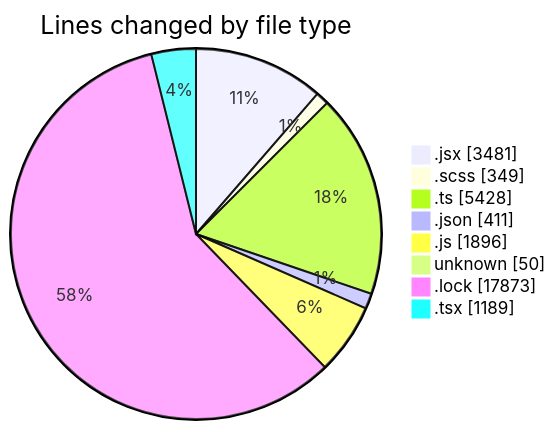
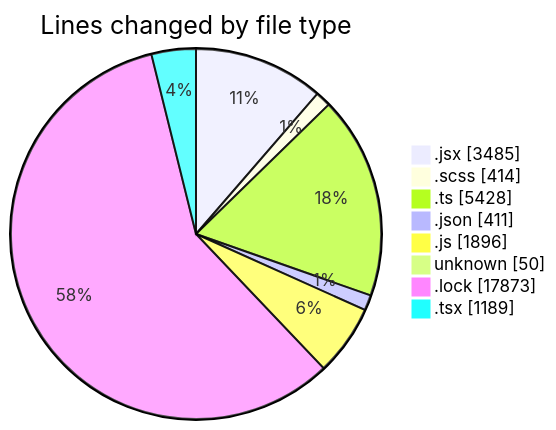
Before and after one commit to momahboobian/code-tracking: the first of 2 diagrams in 2026-09-01/cda/README.md, drawn with Mermaid. The commit also changed other lines of this file and 1 other file, not shown here.

````diff
--- a/2026-09-01/cda/README.md
+++ b/2026-09-01/cda/README.md
@@ -78,12 +79,12 @@
 ```mermaid
 pie showData
 title Lines changed by file type
-".jsx" : 3481
-".scss" : 349
+".jsx" : 3485
+".scss" : 414
 ".ts" : 5428
 ".json" : 411
 ".js" : 1896
 "unknown" : 50
 ".lock" : 17873
 ".tsx" : 1189
 ```
````
